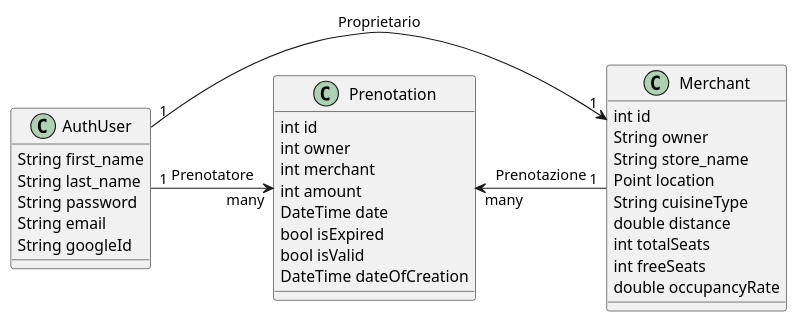
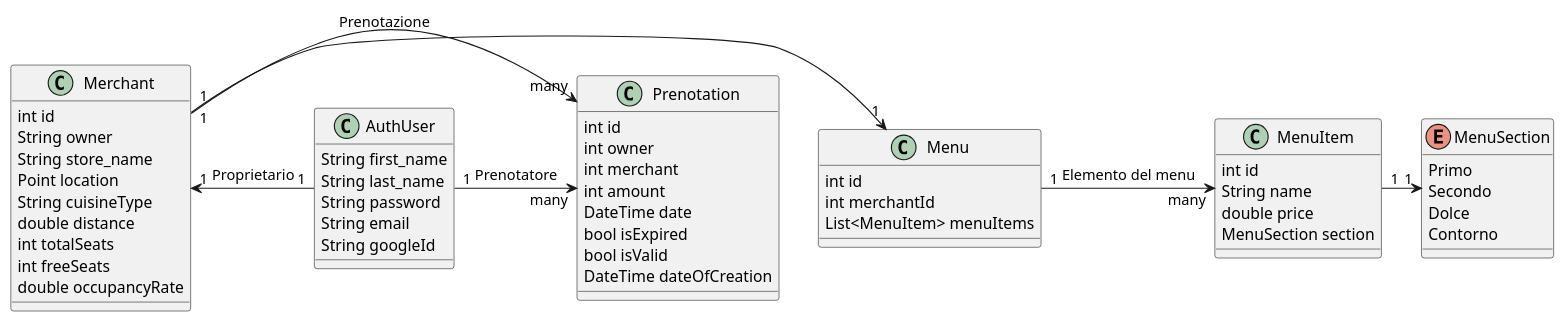
Before and after one commit to decimo-digital/ceposto-docs: the diagram in diagrammi uml/class_diagram.plantuml, drawn with PlantUML.

Commit message:
aggiunto menu al class diagram

```diff
--- a/diagrammi uml/class_diagram.plantuml
+++ b/diagrammi uml/class_diagram.plantuml
@@ -1,37 +1,61 @@
 @startuml classDiagram
 
 class AuthUser {
     String first_name
     String last_name
     String password
     String email
     String googleId
 }
 
 class Merchant {
     int id
     String owner
     String store_name
     Point location
     String cuisineType
     double distance
     int totalSeats
     int freeSeats
     double occupancyRate
 }
 
 class Prenotation {
     int id
     int owner
     int merchant
     int amount
     DateTime date
     bool isExpired
     bool isValid
     DateTime dateOfCreation
 }
 
+class Menu{
+    int id
+    int merchantId
+    List<MenuItem> menuItems
+}
+
+class MenuItem{
+    int id
+    String name
+    double price
+    MenuSection section
+}
+
+enum MenuSection{
+    Primo
+    Secondo
+    Dolce
+    Contorno
+}
+
+Merchant "1" -> "1" Menu
+Menu "1" -> "many" MenuItem: Elemento del menu
+MenuItem "1" -> "1" MenuSection
+
 AuthUser "1" -> "many" Prenotation: Prenotatore
 Prenotation "many" <- "1" Merchant: Prenotazione
 Merchant "1" <- "1" AuthUser: Proprietario
 @enduml
```
